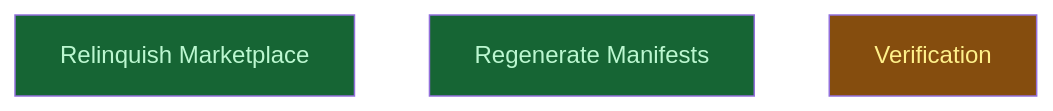
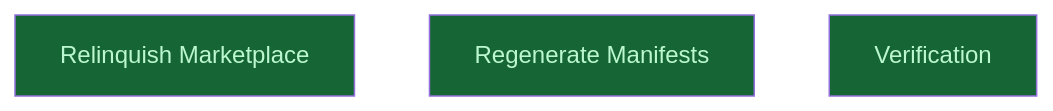
Before and after one commit to CrackingShells/colgrep-mcp: the diagram in __roadmap__/nest_migration/README.md, drawn with Mermaid. The commit also changed other lines of this file and 3 other files, not shown here.

````diff
--- a/__roadmap__/nest_migration/README.md
+++ b/__roadmap__/nest_migration/README.md
@@ -33,11 +33,11 @@
 ```mermaid
 graph TD
     relinquish_marketplace[Relinquish Marketplace]:::done
     regenerate_manifests[Regenerate Manifests]:::done
-    verify[Verification]:::inprogress
+    verify[Verification]:::done
     classDef done       fill:#166534,color:#bbf7d0
     classDef inprogress fill:#854d0e,color:#fef08a
     classDef planned    fill:#374151,color:#e5e7eb
     classDef amendment  fill:#1e3a5f,color:#bfdbfe
     classDef blocked    fill:#7f1d1d,color:#fecaca
 ```
````
